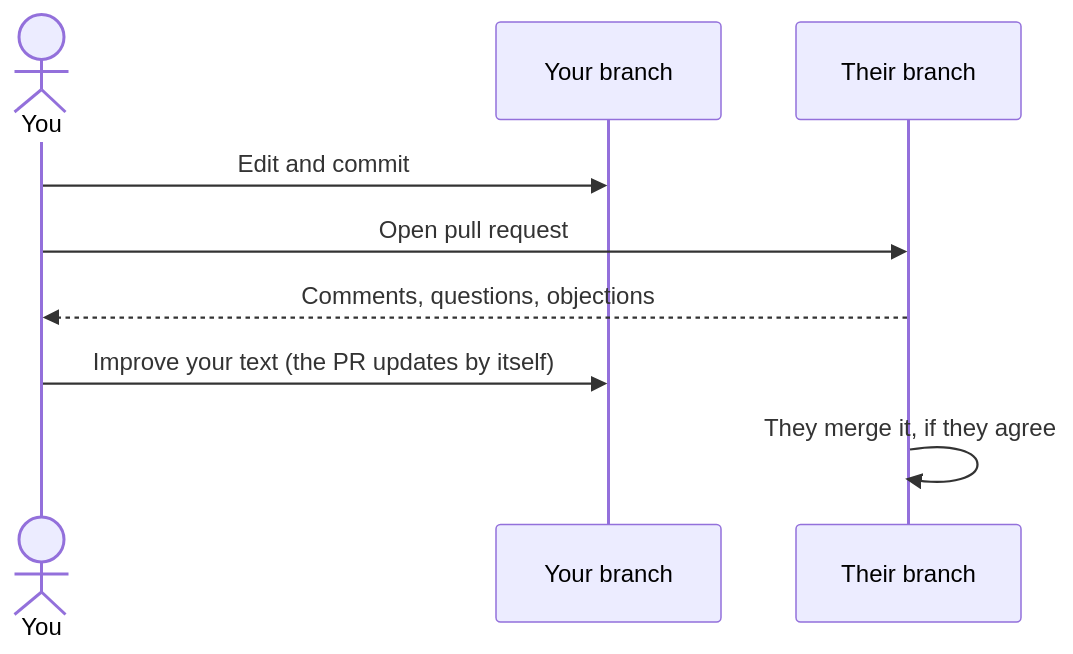
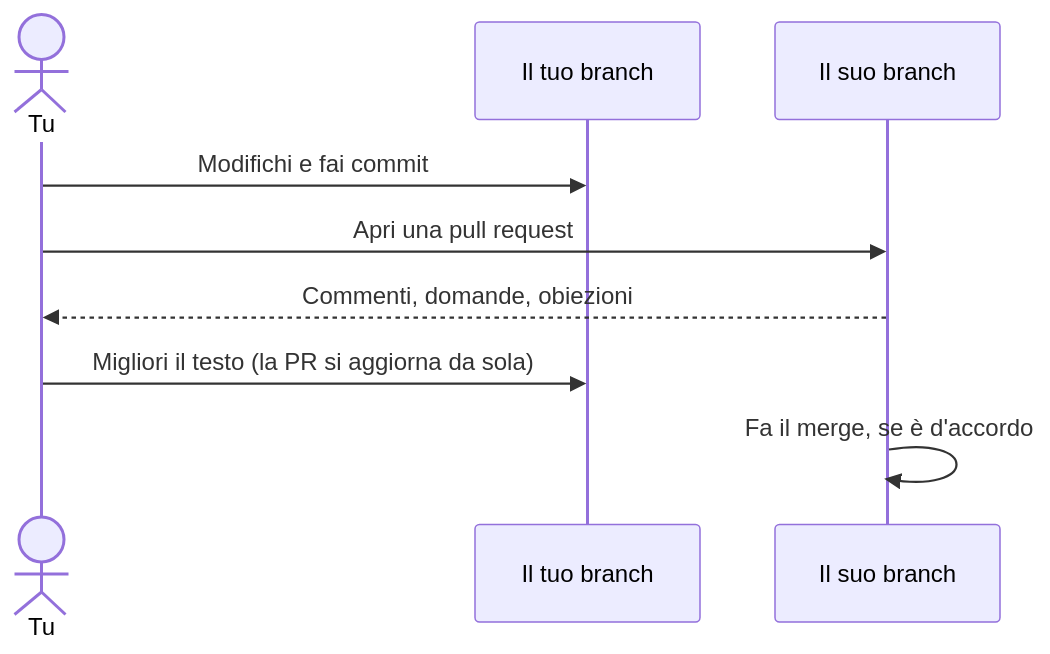
One commit to BlankConstitution/blankconstitution changed the second of 2 diagrams in docs/web.md. Above: the diagram before and after it, drawn with Mermaid. The commit also changed other lines of this file and 4 other files, not shown here.

````diff
--- a/docs/web.md
+++ b/docs/web.md
@@ -111,11 +113,11 @@
 ```mermaid
 sequenceDiagram
-    actor You
-    participant Yours as Your branch
-    participant Theirs as Their branch
-    You->>Yours: Edit and commit
-    You->>Theirs: Open pull request
-    Theirs-->>You: Comments, questions, objections
-    You->>Yours: Improve your text (the PR updates by itself)
-    Theirs->>Theirs: They merge it, if they agree
+    actor Tu
+    participant Tuo as Il tuo branch
+    participant Suo as Il suo branch
+    Tu->>Tuo: Modifichi e fai commit
+    Tu->>Suo: Apri una pull request
+    Suo-->>Tu: Commenti, domande, obiezioni
+    Tu->>Tuo: Migliori il testo (la PR si aggiorna da sola)
+    Suo->>Suo: Fa il merge, se è d'accordo
 ```
````
